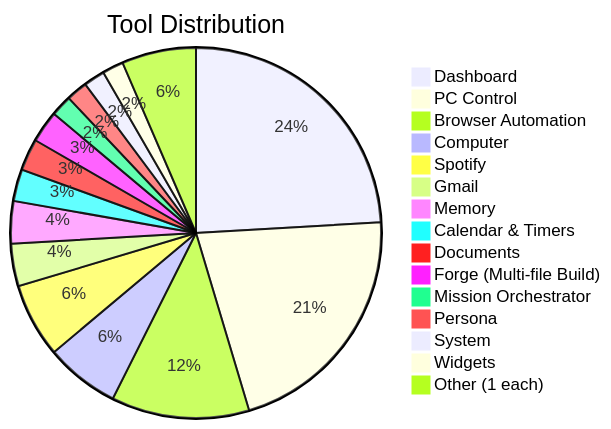
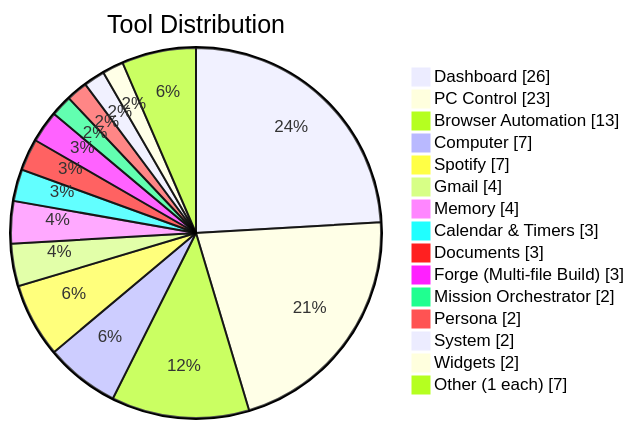
The ninth of 11 diagrams in README.md (HailLucifer666/Agent_OS), drawn with Mermaid before and after one commit. The commit also changed other lines of this file, not shown here.

Commit message:
docs(readme): redesign with animations, fixed mermaid, updated counts

````diff
--- a/README.md
+++ b/README.md
@@ -394,18 +393,18 @@
 ```mermaid
-pie title Tool Distribution
+pie showData title Tool Distribution
     "Dashboard" : 26
     "PC Control" : 23
     "Browser Automation" : 13
     "Computer" : 7
     "Spotify" : 7
     "Gmail" : 4
     "Memory" : 4
     "Calendar & Timers" : 3
     "Documents" : 3
     "Forge (Multi-file Build)" : 3
     "Mission Orchestrator" : 2
     "Persona" : 2
     "System" : 2
     "Widgets" : 2
     "Other (1 each)" : 7
 ```
````
